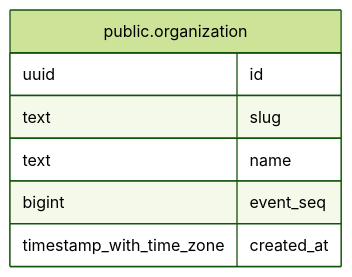
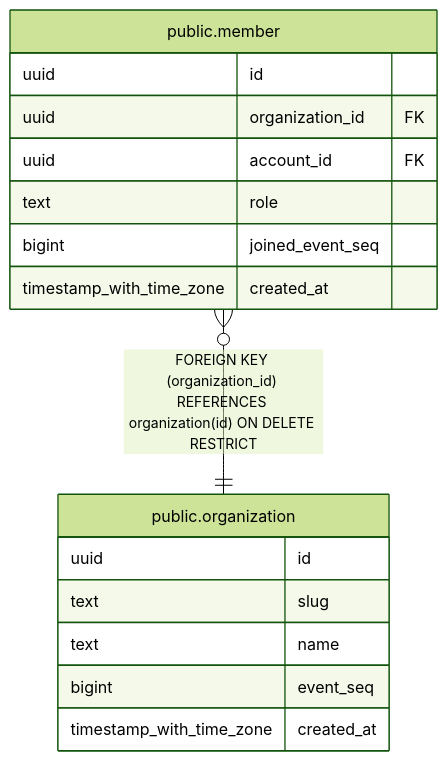
Before and after one commit to tkakkie/ribbitto: the diagram in docs/schema/public.organization.md, drawn with Mermaid (forest theme). The commit also changed other lines of this file and 19 other files, not shown here.

First line of the commit message:
feat: add account, session and member tables with validation rules

````diff
--- a/docs/schema/public.organization.md
+++ b/docs/schema/public.organization.md
@@ -37,12 +37,21 @@
 ```mermaid
 erDiagram
 
+"public.member" }o--|| "public.organization" : "FOREIGN KEY (organization_id) REFERENCES organization(id) ON DELETE RESTRICT"
 
 "public.organization" {
   uuid id
   text slug
   text name
   bigint event_seq
   timestamp_with_time_zone created_at
 }
+"public.member" {
+  uuid id
+  uuid organization_id FK
+  uuid account_id FK
+  text role
+  bigint joined_event_seq
+  timestamp_with_time_zone created_at
+}
 ```
````
